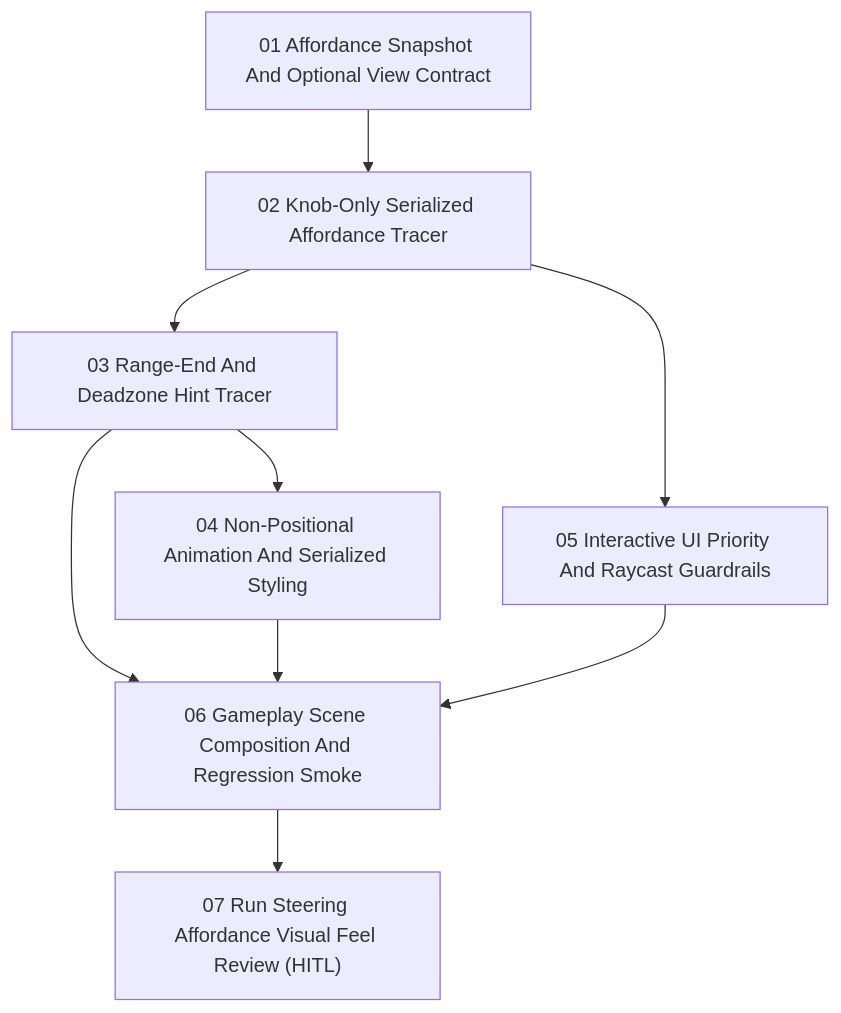
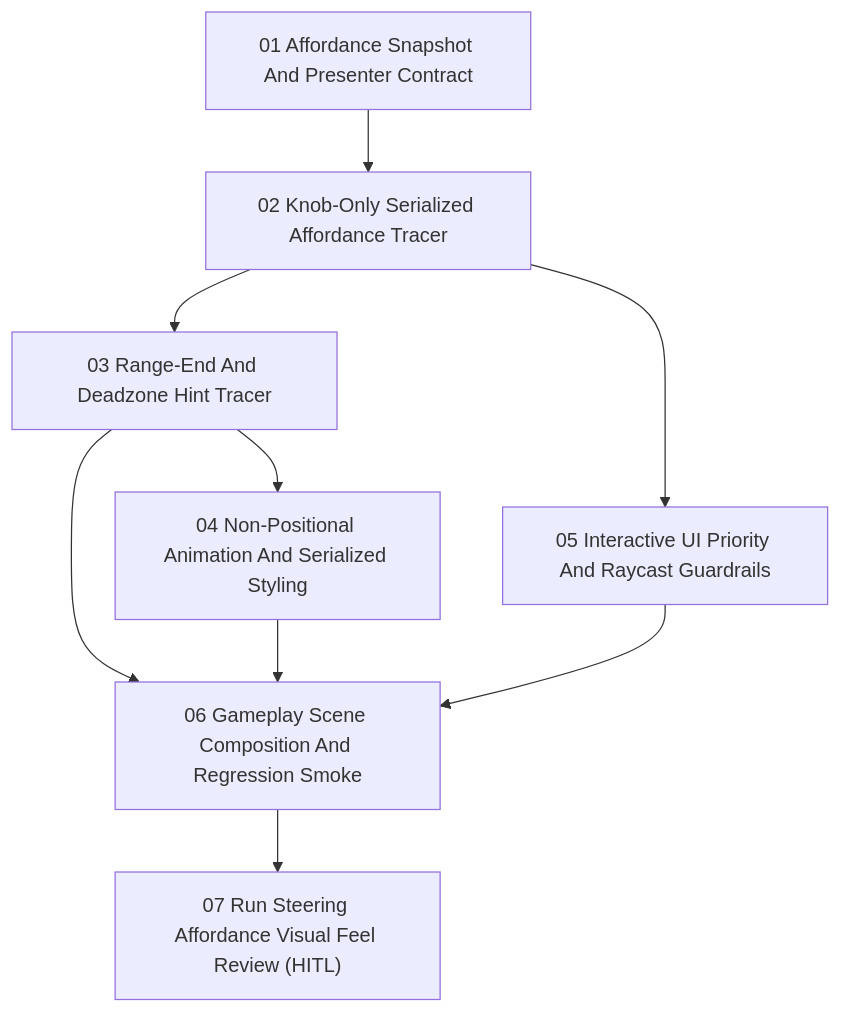
One commit to Artein/Test-SeniorUnityDeveloper-CrazyLabs changed the diagram in docs/tasks/run-steering-affordance/index.md. Above: the diagram before and after it, drawn with Mermaid. The commit also changed other lines of this file and 5 other files, not shown here.

````diff
--- a/docs/tasks/run-steering-affordance/index.md
+++ b/docs/tasks/run-steering-affordance/index.md
@@ -19,19 +19,19 @@
 ```mermaid
 flowchart TD
-    A["01 Affordance Snapshot And Optional View Contract"]
+    A["01 Affordance Snapshot And Presenter Contract"]
     B["02 Knob-Only Serialized Affordance Tracer"]
     C["03 Range-End And Deadzone Hint Tracer"]
     D["04 Non-Positional Animation And Serialized Styling"]
     E["05 Interactive UI Priority And Raycast Guardrails"]
     F["06 Gameplay Scene Composition And Regression Smoke"]
     G["07 Run Steering Affordance Visual Feel Review (HITL)"]
 
     A --> B
     B --> C
     C --> D
     B --> E
     C --> F
     D --> F
     E --> F
     F --> G
 ```
````
